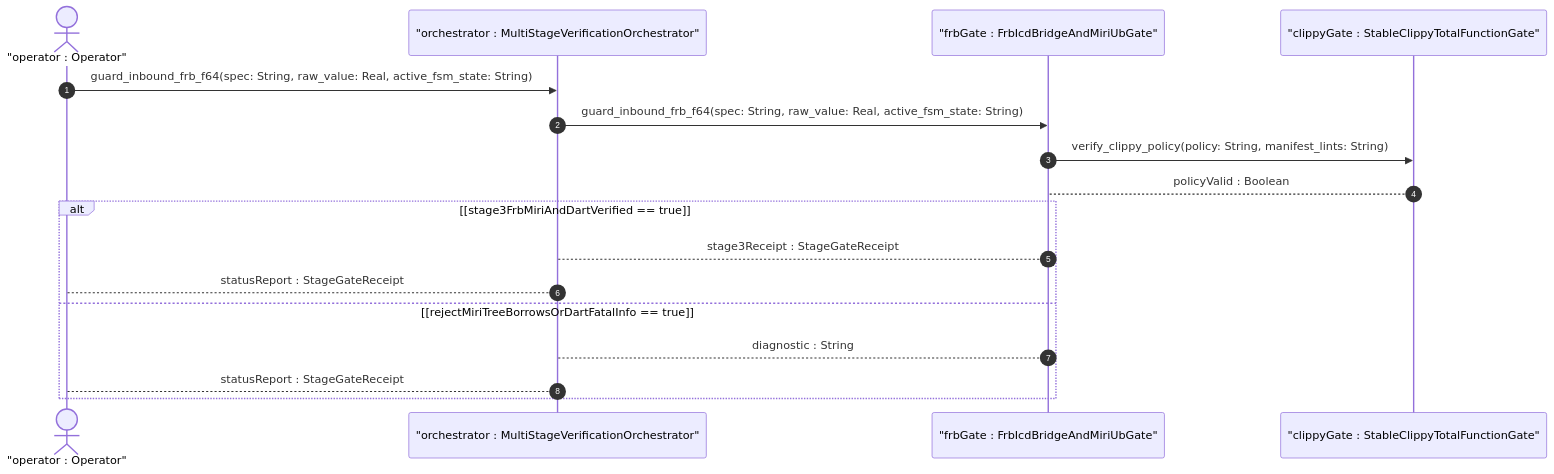
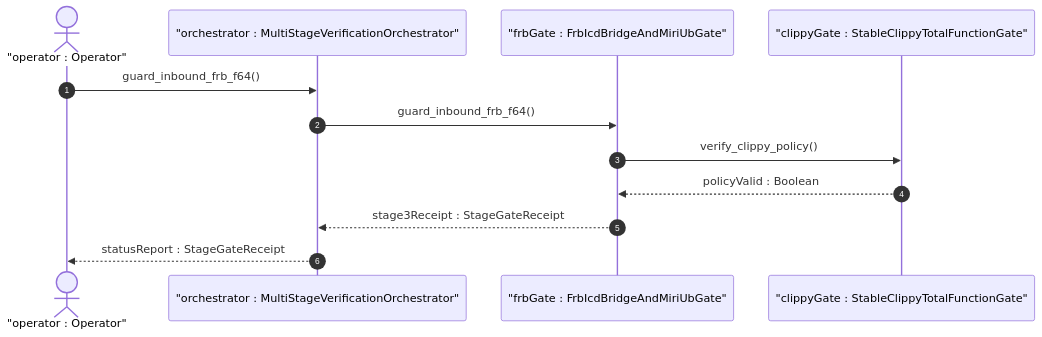
The first of 2 diagrams in .pipeline/upstream/docs/user-stories/US-63-guard_inbound_frb_f64.md (gintatkinson/DEAP01-spec-core), drawn with Mermaid before and after one commit. The commit also changed other lines of this file and 88 other files, not shown here.

````diff
--- a/.pipeline/upstream/docs/user-stories/US-63-guard_inbound_frb_f64.md
+++ b/.pipeline/upstream/docs/user-stories/US-63-guard_inbound_frb_f64.md
@@ -38,19 +38,14 @@
 ```mermaid
 sequenceDiagram
     autonumber
     actor Operator as "operator : Operator"
     participant MultiStageVerificationOrchestrator as "orchestrator : MultiStageVerificationOrchestrator"
     participant FrbIcdBridgeAndMiriUbGate as "frbGate : FrbIcdBridgeAndMiriUbGate"
     participant StableClippyTotalFunctionGate as "clippyGate : StableClippyTotalFunctionGate"
-    Operator->>MultiStageVerificationOrchestrator: guard_inbound_frb_f64(spec: String, raw_value: Real, active_fsm_state: String)
-    MultiStageVerificationOrchestrator->>FrbIcdBridgeAndMiriUbGate: guard_inbound_frb_f64(spec: String, raw_value: Real, active_fsm_state: String)
-    FrbIcdBridgeAndMiriUbGate->>StableClippyTotalFunctionGate: verify_clippy_policy(policy: String, manifest_lints: String)
-    StableClippyTotalFunctionGate-->FrbIcdBridgeAndMiriUbGate: policyValid : Boolean
-    alt [stage3FrbMiriAndDartVerified == true]
-        FrbIcdBridgeAndMiriUbGate-->MultiStageVerificationOrchestrator: stage3Receipt : StageGateReceipt
-        MultiStageVerificationOrchestrator-->Operator: statusReport : StageGateReceipt
-    else [rejectMiriTreeBorrowsOrDartFatalInfo == true]
-        FrbIcdBridgeAndMiriUbGate-->MultiStageVerificationOrchestrator: diagnostic : String
-        MultiStageVerificationOrchestrator-->Operator: statusReport : StageGateReceipt
-    end
+    Operator->>MultiStageVerificationOrchestrator: guard_inbound_frb_f64()
+    MultiStageVerificationOrchestrator->>FrbIcdBridgeAndMiriUbGate: guard_inbound_frb_f64()
+    FrbIcdBridgeAndMiriUbGate->>StableClippyTotalFunctionGate: verify_clippy_policy()
+    StableClippyTotalFunctionGate-->>FrbIcdBridgeAndMiriUbGate: policyValid : Boolean
+    FrbIcdBridgeAndMiriUbGate-->>MultiStageVerificationOrchestrator: stage3Receipt : StageGateReceipt
+    MultiStageVerificationOrchestrator-->>Operator: statusReport : StageGateReceipt
 ```
````
